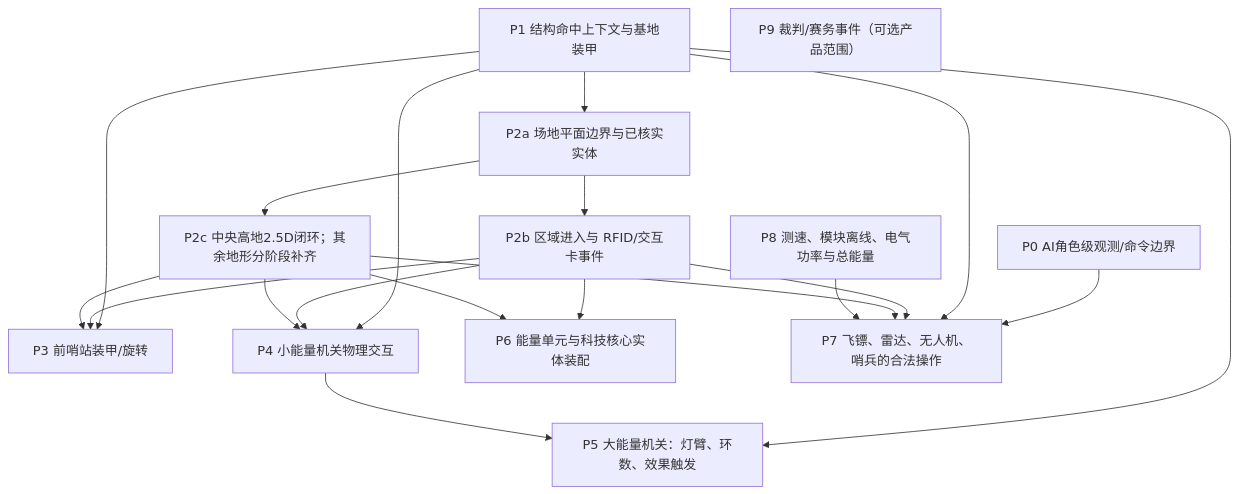
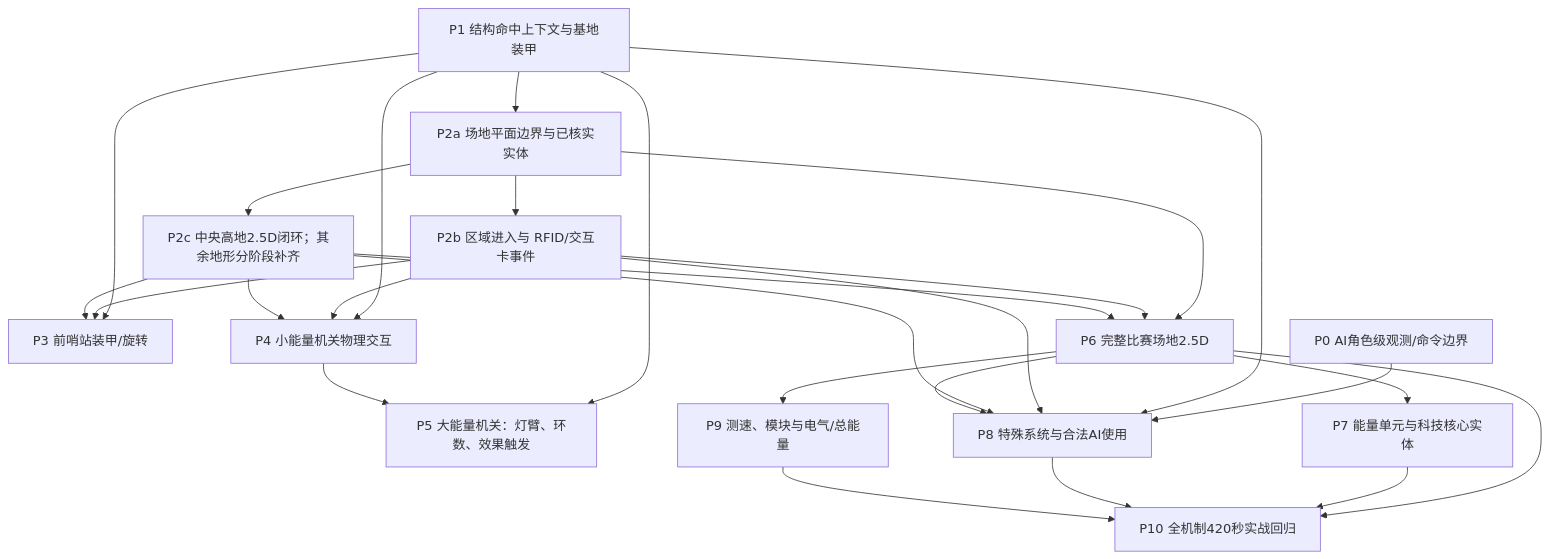
Before and after one commit to Tyr1onX/tarsgo-simulator: the diagram in docs/rules/rmuc-2026-v1.4.0-coverage.md, drawn with Mermaid. The commit also changed other lines of this file and 13 other files, not shown here.

````diff
--- a/docs/rules/rmuc-2026-v1.4.0-coverage.md
+++ b/docs/rules/rmuc-2026-v1.4.0-coverage.md
@@ -110,22 +111,28 @@
 ```mermaid
 flowchart TD
   P1["P1 结构命中上下文与基地装甲"] --> P2a["P2a 场地平面边界与已核实实体"]
   P2a --> P2b["P2b 区域进入与 RFID/交互卡事件"]
   P2a --> P2c["P2c 中央高地2.5D闭环；其余地形分阶段补齐"]
   P1 --> P3["P3 前哨站装甲/旋转"]
   P1 --> P4["P4 小能量机关物理交互"]
   P2b --> P3
   P2c --> P3
   P2b --> P4
   P2c --> P4
   P1 --> P5["P5 大能量机关：灯臂、环数、效果触发"]
   P4 --> P5
-  P2b --> P6["P6 能量单元与科技核心实体装配"]
+  P2a --> P6["P6 完整比赛场地2.5D"]
+  P2b --> P6
   P2c --> P6
-  P0["P0 AI角色级观测/命令边界"] --> P7["P7 飞镖、雷达、无人机、哨兵的合法操作"]
-  P1 --> P7
-  P2b --> P7
-  P2c --> P7
-  P8["P8 测速、模块离线、电气功率与总能量"] --> P7
-  P9["P9 裁判/赛务事件（可选产品范围）"]
+  P6 --> P7["P7 能量单元与科技核心实体"]
+  P0["P0 AI角色级观测/命令边界"] --> P8["P8 特殊系统与合法AI使用"]
+  P1 --> P8
+  P2b --> P8
+  P2c --> P8
+  P6 --> P8
+  P6 --> P9["P9 测速、模块与电气/总能量"]
+  P6 --> P10["P10 全机制420秒实战回归"]
+  P7 --> P10
+  P8 --> P10
+  P9 --> P10
 ```
````
